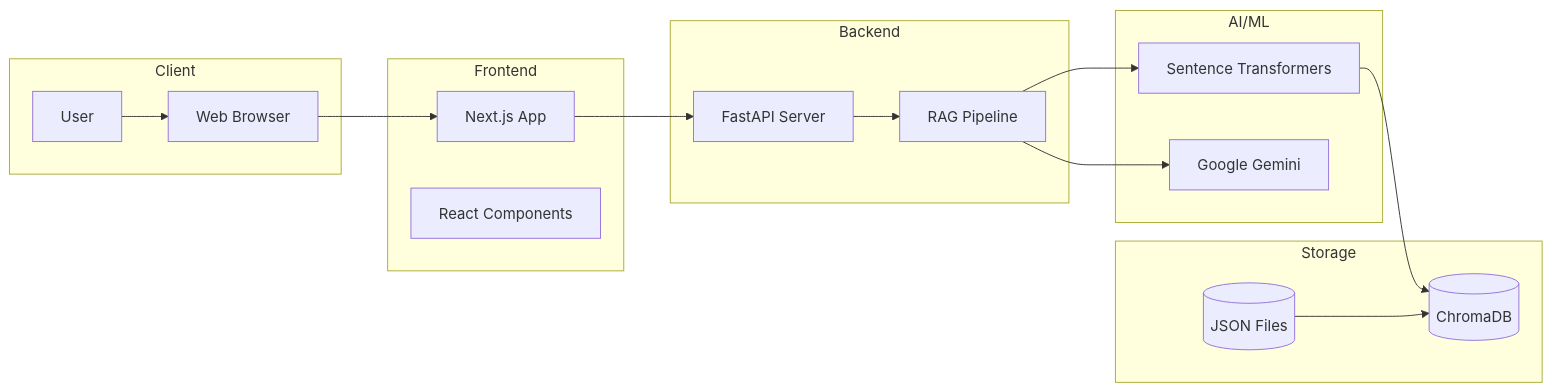
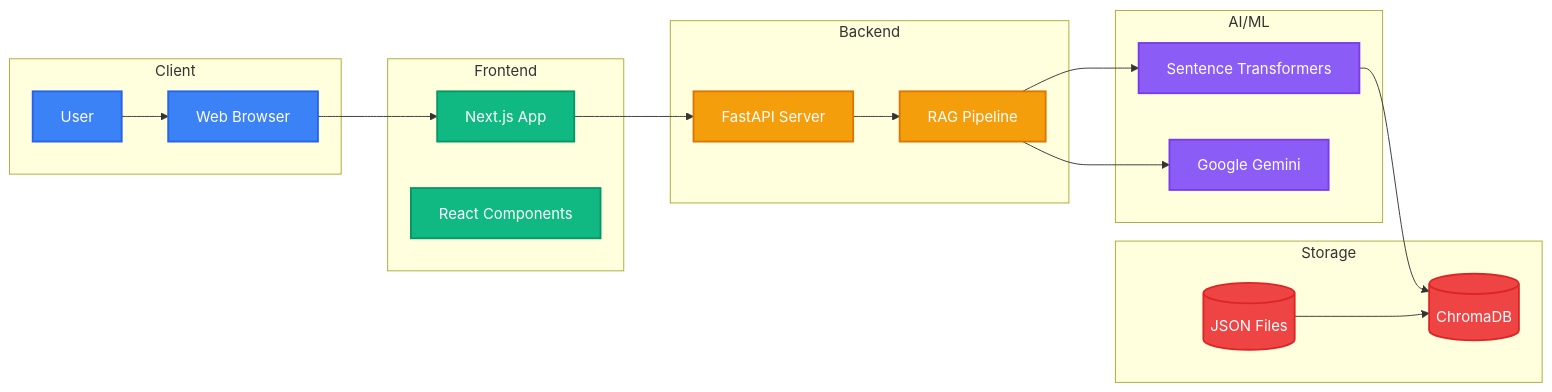
The first of 11 diagrams in docs/architecture.md (Mrnidhi/Customer-Support-assistant), drawn with Mermaid before and after one commit. The commit also changed other lines of this file and 1 other file, not shown here.

Commit message:
Improve Mermaid diagram colors and visibility with better contrast

````diff
--- a/docs/architecture.md
+++ b/docs/architecture.md
@@ -11,36 +11,48 @@
 ```mermaid
 graph LR
     subgraph "Client"
         User[User]
         Browser[Web Browser]
     end
     
     subgraph "Frontend"
         NextJS[Next.js App]
         React[React Components]
     end
     
     subgraph "Backend"
         FastAPI[FastAPI Server]
         RAG[RAG Pipeline]
     end
     
     subgraph "AI/ML"
         Embeddings[Sentence Transformers]
         LLM[Google Gemini]
     end
     
     subgraph "Storage"
         ChromaDB[(ChromaDB)]
         Files[(JSON Files)]
     end
     
     User --> Browser
     Browser --> NextJS
     NextJS --> FastAPI
     FastAPI --> RAG
     RAG --> Embeddings
     RAG --> LLM
     Embeddings --> ChromaDB
     Files --> ChromaDB
+    
+    classDef client fill:#3b82f6,stroke:#2563eb,stroke-width:2px,color:#ffffff
+    classDef frontend fill:#10b981,stroke:#059669,stroke-width:2px,color:#ffffff
+    classDef backend fill:#f59e0b,stroke:#d97706,stroke-width:2px,color:#ffffff
+    classDef ai fill:#8b5cf6,stroke:#7c3aed,stroke-width:2px,color:#ffffff
+    classDef storage fill:#ef4444,stroke:#dc2626,stroke-width:2px,color:#ffffff
+    
+    class User,Browser client
+    class NextJS,React frontend
+    class FastAPI,RAG backend
+    class Embeddings,LLM ai
+    class ChromaDB,Files storage
 ```
````
